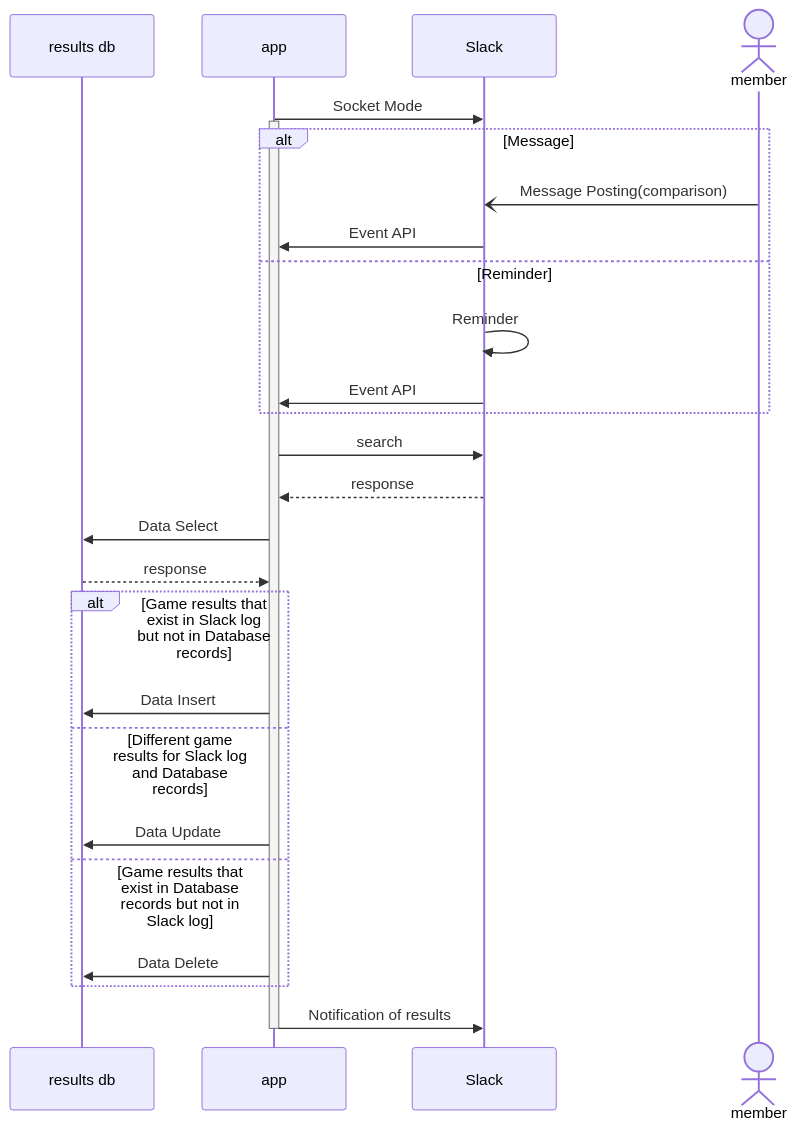
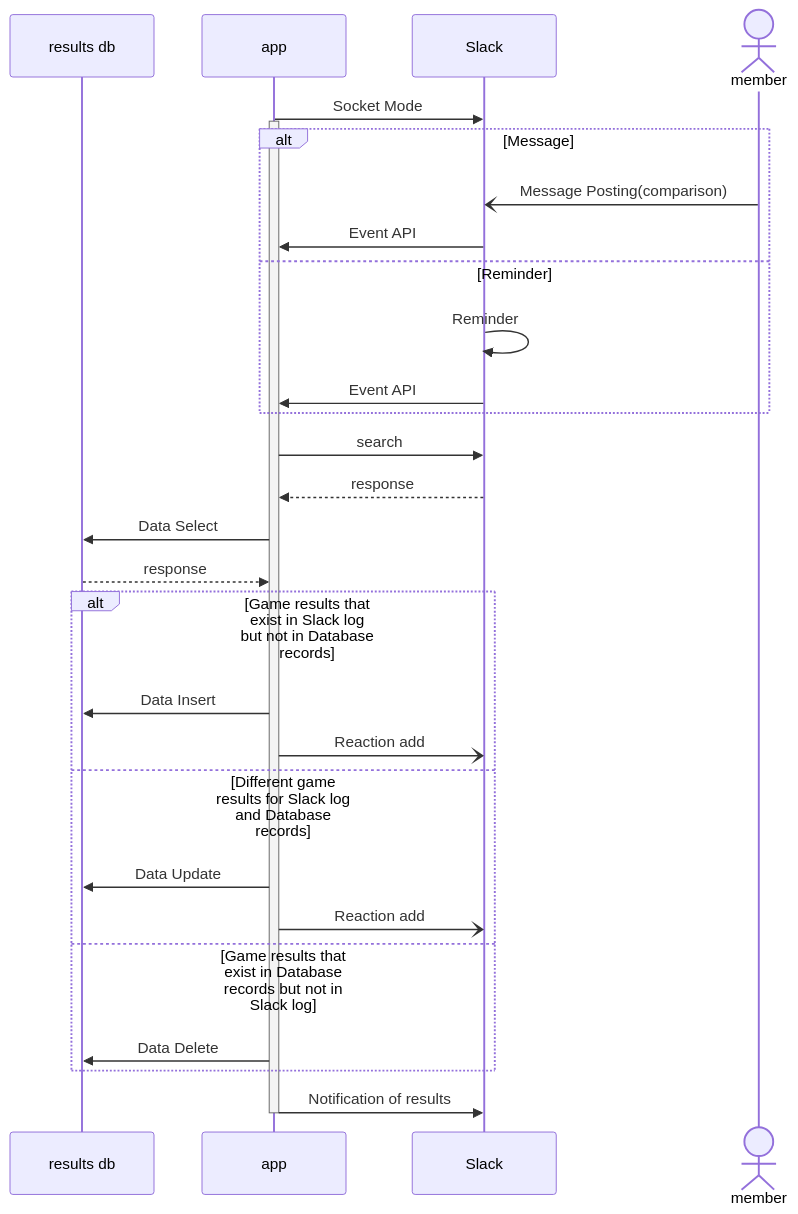
Before and after one commit to togakushi/slack-mahjong-score-management: the fourth of 4 diagrams in docs/architecture.md, drawn with Mermaid. The commit also changed other lines of this file and 4 other files, not shown here.

````diff
--- a/docs/architecture.md
+++ b/docs/architecture.md
@@ -62,34 +59,36 @@
 ```mermaid
 sequenceDiagram
     participant results db
     participant app
     participant Slack
     actor member
 
     app->>Slack: Socket Mode
     activate app
 
     alt Message
     member-)Slack: Message Posting(comparison)
     Slack->>app: Event API
     else Reminder
     Slack->>Slack: Reminder
     Slack->>app: Event API
     end
 
     app->>Slack: search
     Slack-->>app: response
     app->>results db: Data Select
     results db-->>app: response
 
     alt Game results that exist in Slack log but not in Database records
     app->>results db: Data Insert
+    app-)Slack: Reaction add
     else Different game results for Slack log and Database records
     app->>results db: Data Update
+    app-)Slack: Reaction add
     else Game results that exist in Database records but not in Slack log
     app->>results db: Data Delete
     end
 
     app->>Slack: Notification of results
     deactivate app
 ```
````
